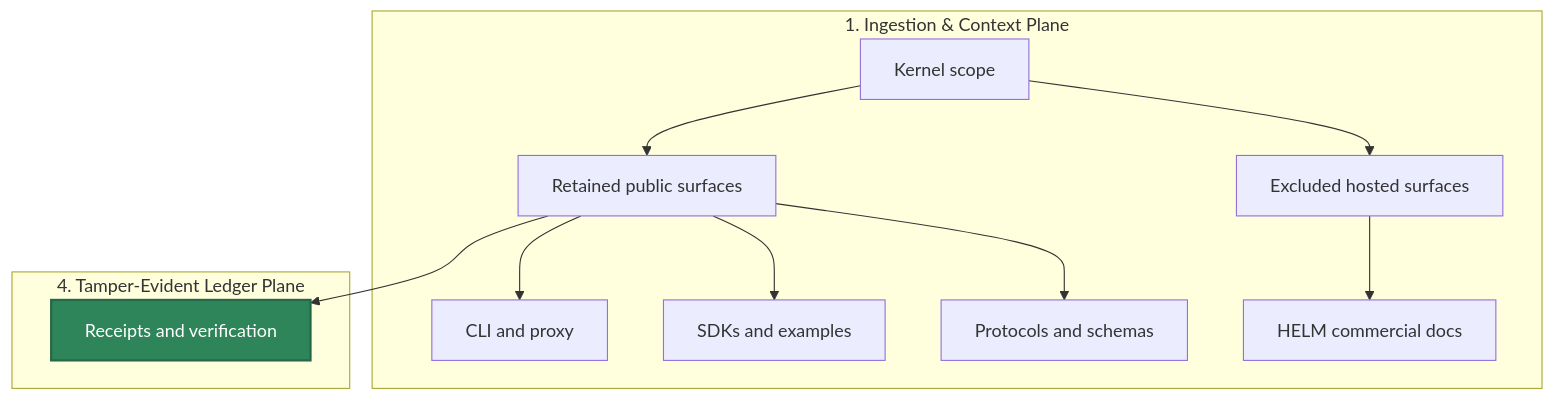
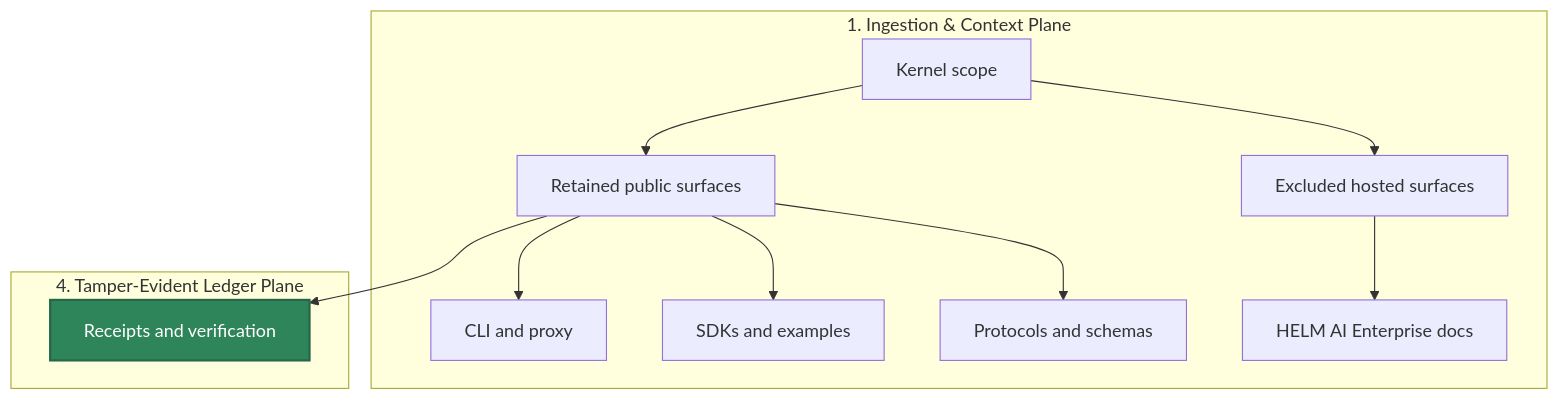
One commit to Mindburn-Labs/helm-ai-kernel changed the diagram in docs/KERNEL_SCOPE.md. Above: the diagram before and after it, drawn with Mermaid. The commit also changed other lines of this file and 71 other files, not shown here.

````diff
--- a/docs/KERNEL_SCOPE.md
+++ b/docs/KERNEL_SCOPE.md
@@ -192,28 +192,28 @@
 ```mermaid
 flowchart TD
     subgraph Ingestion["1. Ingestion & Context Plane"]
         kernel["Kernel scope"]
         retain["Retained public surfaces"]
         cli["CLI and proxy"]
         sdk["SDKs and examples"]
         protocol["Protocols and schemas"]
         exclude["Excluded hosted surfaces"]
-        commercial["HELM commercial docs"]
+        commercial["HELM AI Enterprise docs"]
     end
 
     subgraph Ledger["4. Tamper-Evident Ledger Plane"]
         verify["Receipts and verification"]
     end
 
     %% Operational Flow Edges
     kernel --> retain
     retain --> cli
     retain --> sdk
     retain --> protocol
     retain --> verify
     kernel --> exclude
     exclude --> commercial
 
     %% Premium Styling Rules
     style verify fill:#2f855a,stroke:#276749,stroke-width:2px,color:#fff
 ```
````
